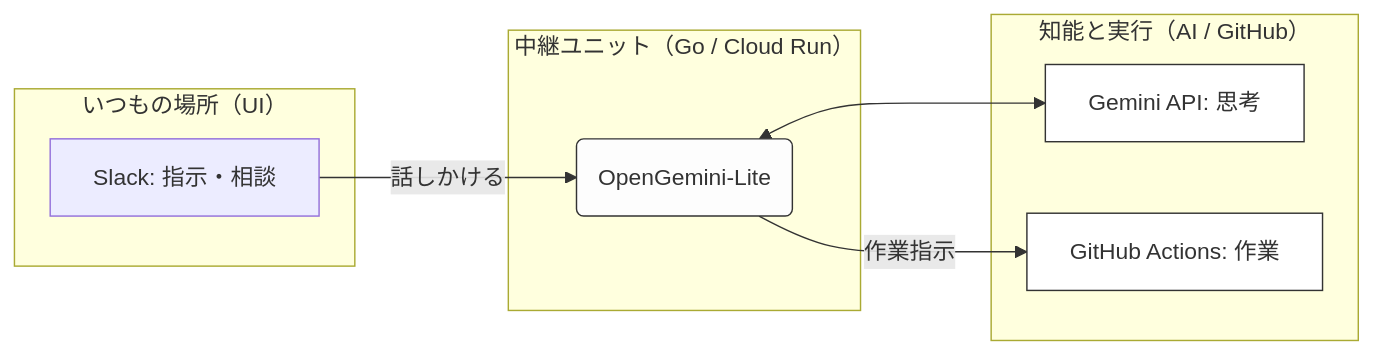
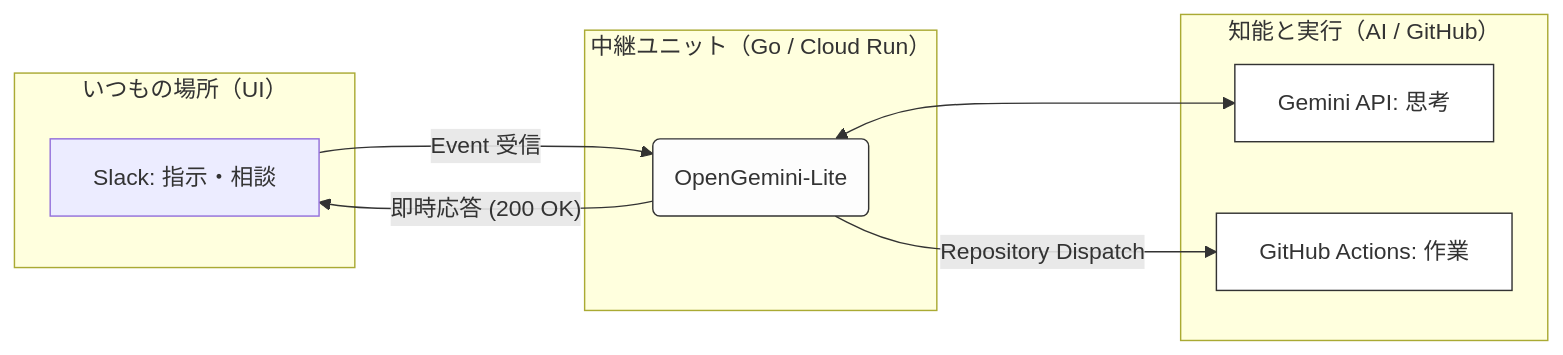
One commit to conti0513/development_public changed the first of 4 diagrams in README.md. Above: the diagram before and after it, drawn with Mermaid. The commit also changed other lines of this file and 21 other files, not shown here.

````diff
--- a/README.md
+++ b/README.md
@@ -41,24 +62,25 @@
 ```mermaid
 graph LR
     subgraph "いつもの場所（UI）"
         A[Slack: 指示・相談]
     end
     
     subgraph "中継ユニット（Go / Cloud Run）"
         B(OpenGemini-Lite)
     end
     
     subgraph "知能と実行（AI / GitHub）"
         C[Gemini API: 思考]
         D[GitHub Actions: 作業]
     end
 
-    A -- "話しかける" --> B
+    A -- "Event 受信" --> B
+    B -- "即時応答 (200 OK)" --> A
     B <--> C
-    B -- "作業指示" --> D
+    B -- "Repository Dispatch" --> D
     
     style B fill:#fdfdfd,stroke:#333
     style C fill:#fff,stroke:#333
     style D fill:#fff,stroke:#333
 
 ```
````
